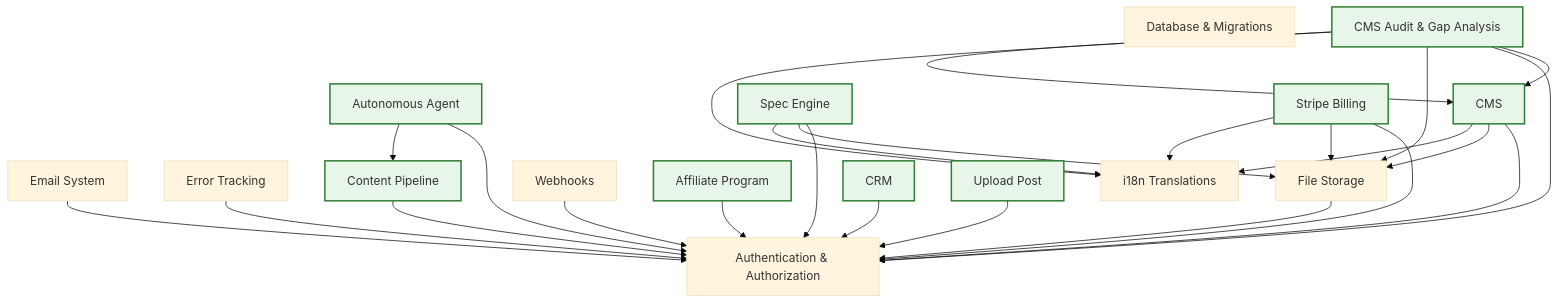
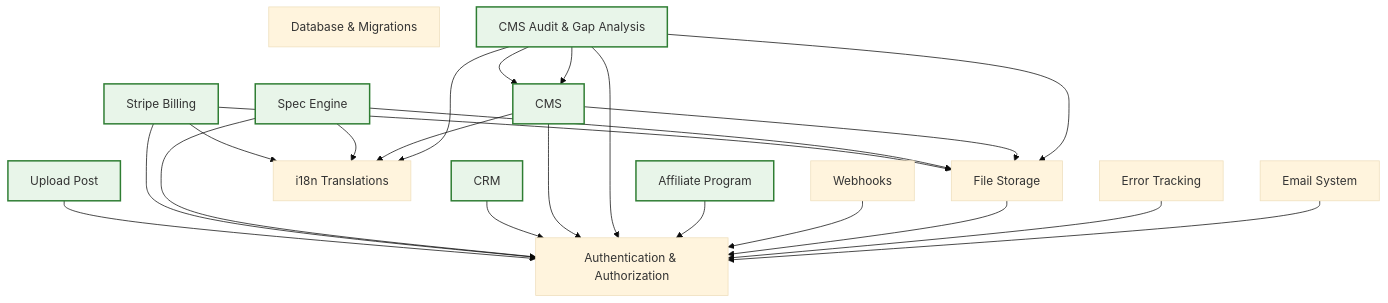
The diagram in docs/ARCHITECTURE.md (ADCP-dev/worldbid-api), drawn with Mermaid (base theme) before and after one commit. The commit also changed other lines of this file and 148 other files, not shown here.

````diff
--- a/docs/ARCHITECTURE.md
+++ b/docs/ARCHITECTURE.md
@@ -69,45 +67,40 @@
 ```mermaid
 graph TD
   auth["Authentication & Authorization"]
   database["Database & Migrations"]
   email["Email System"]
   error-logging["Error Tracking"]
   storage["File Storage"]
   translations["i18n Translations"]
   webhooks["Webhooks"]
   affiliate["Affiliate Program"]:::ext
-  autonomous-agent["Autonomous Agent"]:::ext
   cms-audit["CMS Audit & Gap Analysis"]:::ext
   cms["CMS"]:::ext
-  content-pipeline["Content Pipeline"]:::ext
   crm["CRM"]:::ext
   spec-engine["Spec Engine"]:::ext
   stripe["Stripe Billing"]:::ext
   upload-post["Upload Post"]:::ext
   email --> auth
   error-logging --> auth
   storage --> auth
   webhooks --> auth
   affiliate --> auth
-  autonomous-agent --> auth
-  autonomous-agent --> content-pipeline
   cms-audit --> cms
   cms-audit --> auth
   cms-audit --> storage
   cms-audit --> translations
   cms-audit --> cms
   cms --> auth
   cms --> storage
   cms --> translations
-  content-pipeline --> auth
   crm --> auth
   spec-engine --> auth
   spec-engine --> storage
   spec-engine --> translations
   stripe --> auth
   stripe --> storage
   stripe --> translations
   upload-post --> auth
 
   classDef ext fill:#e8f5e9,stroke:#2e7d32,stroke-width:2px;
 ```
````
